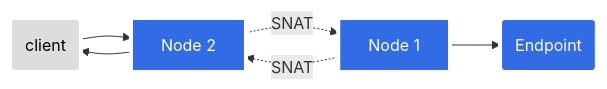
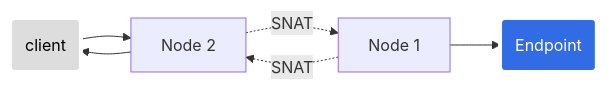
The first of 2 diagrams in content/zh/docs/tutorials/services/source-ip.md (kubernetes/website), drawn with Mermaid before and after one commit. The commit also changed other lines of this file, not shown here.

```diff
--- a/content/zh/docs/tutorials/services/source-ip.md
+++ b/content/zh/docs/tutorials/services/source-ip.md
@@ -196,13 +196,13 @@
 {{< mermaid >}}
 graph LR;
   client(client)-->node2[Node 2];
   node2-->client;
   node2-. SNAT .->node1[Node 1];
   node1-. SNAT .->node2;
   node1-->endpoint(Endpoint);
 
   classDef plain fill:#ddd,stroke:#fff,stroke-width:4px,color:#000;
   classDef k8s fill:#326ce5,stroke:#fff,stroke-width:4px,color:#fff;
-  class node1,node2,endpoint k8s;
+  class 节点1,节点2,endpoint k8s;
   class client plain;
 {{</ mermaid >}}
```
